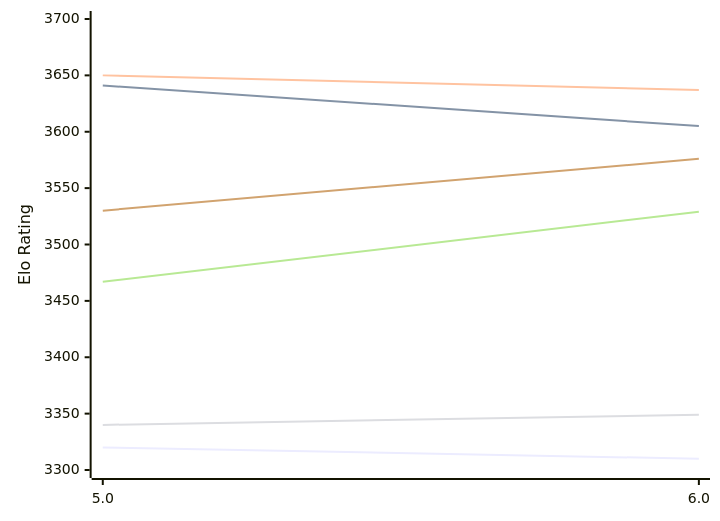
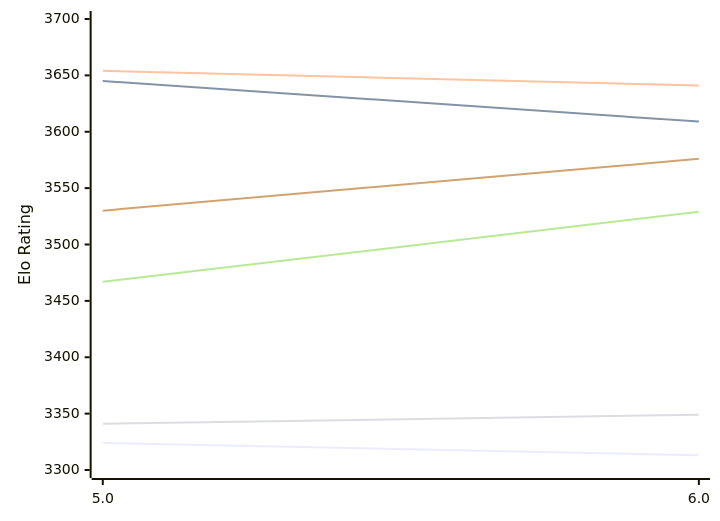
Before and after one commit to computer-chess-index/cci: the first of 2 diagrams in engines/Tarnished.md, drawn with Mermaid. The commit also changed other lines of this file, not shown here.

Commit message:
Update CCI Ratings (ELO VLTC) - 2026-11-22

````diff
--- a/engines/Tarnished.md
+++ b/engines/Tarnished.md
@@ -51,12 +51,12 @@
 ```mermaid
 %%{init: {"theme":"base","themeVariables":{"seriesColors:['#a3a3a3','#222221','#faa371']}}}%%
 xychart-beta
   x-axis ["5.0", "6.0"]
   y-axis "Elo Rating" 3300 --> 3700
-  line "E1: STC (8.0+0.08s)" [3320, 3310]
-  line "E1: LTC (60.0+0.60s)" [3641, 3605]
-  line "E1: VLTC (2m24s+1.12s)" [3650, 3637]
-  line "P1: STC (8.0+0.08s)" [3340, 3349]
+  line "E1: STC (8.0+0.08s)" [3324, 3313]
+  line "E1: LTC (60.0+0.60s)" [3645, 3609]
+  line "E1: VLTC (2m24s+1.12s)" [3654, 3641]
+  line "P1: STC (8.0+0.08s)" [3341, 3349]
   line "P1: LTC (60.0+0.60s)" [3467, 3529]
   line "P1: VLTC (2m24s+1.12s)" [3530, 3576]
 ```
````
